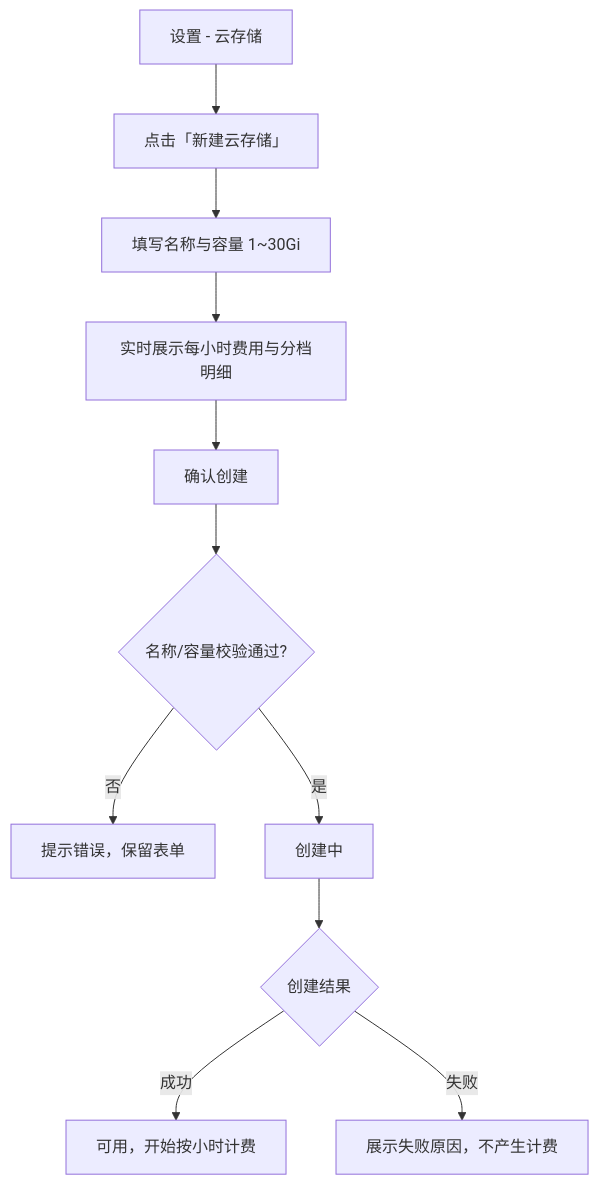
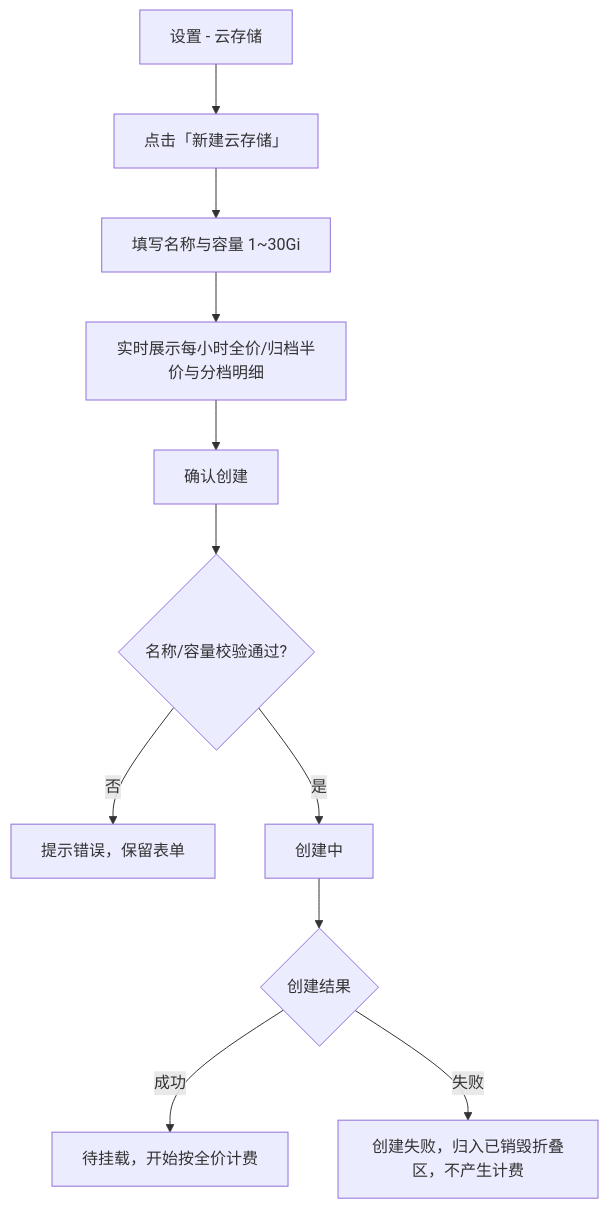
One commit to Deliay/z-agent-gear changed the first of 4 diagrams in docs/product/draft/20261102-cloud-storage.md. Above: the diagram before and after it, drawn with Mermaid. The commit also changed other lines of this file and 3 other files, not shown here.

````diff
--- a/docs/product/draft/20261102-cloud-storage.md
+++ b/docs/product/draft/20261102-cloud-storage.md
@@ -211,13 +249,13 @@
 ```mermaid
 flowchart TD
     A[设置 - 云存储] --> B[点击「新建云存储」]
     B --> C[填写名称与容量 1~30Gi]
-    C --> D[实时展示每小时费用与分档明细]
+    C --> D[实时展示每小时全价/归档半价与分档明细]
     D --> E[确认创建]
     E --> F{名称/容量校验通过?}
     F -->|否| G[提示错误，保留表单]
     F -->|是| H[创建中]
     H --> I{创建结果}
-    I -->|成功| J[可用，开始按小时计费]
-    I -->|失败| K[展示失败原因，不产生计费]
+    I -->|成功| J[待挂载，开始按全价计费]
+    I -->|失败| K[创建失败，归入已销毁折叠区，不产生计费]
 ```
````
